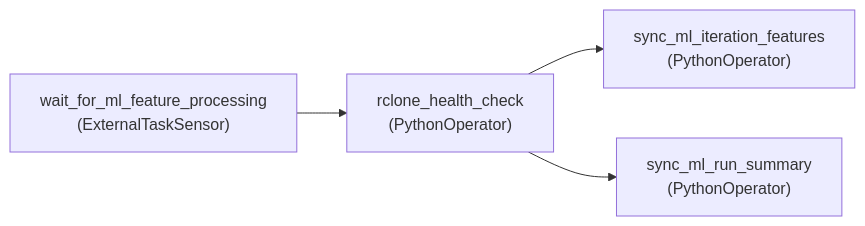
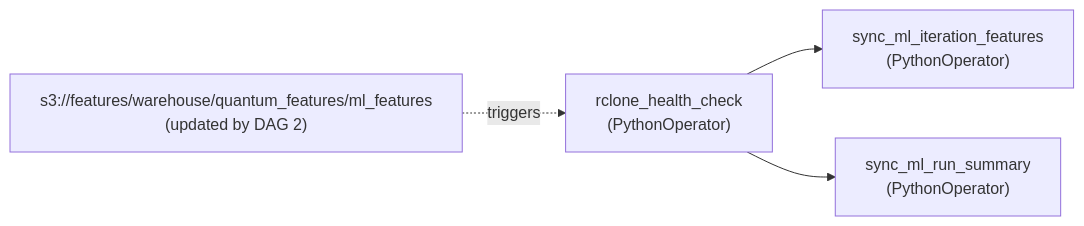
The fourth of 4 diagrams in docs/data-platform/airflow-orchestration.md (straightchlorine/quantum-pipeline), drawn with Mermaid before and after one commit. The commit also changed other lines of this file and 64 other files, not shown here.

````diff
--- a/docs/data-platform/airflow-orchestration.md
+++ b/docs/data-platform/airflow-orchestration.md
@@ -213,6 +229,6 @@
 ```mermaid
 graph LR
-    A["wait_for_ml_feature_processing<br/>(ExternalTaskSensor)"] --> B["rclone_health_check<br/>(PythonOperator)"]
+    A["s3://features/warehouse/quantum_features/ml_features<br/>(updated by DAG 2)"] -.->|"triggers"| B["rclone_health_check<br/>(PythonOperator)"]
     B --> C["sync_ml_iteration_features<br/>(PythonOperator)"]
     B --> D["sync_ml_run_summary<br/>(PythonOperator)"]
 ```
````
